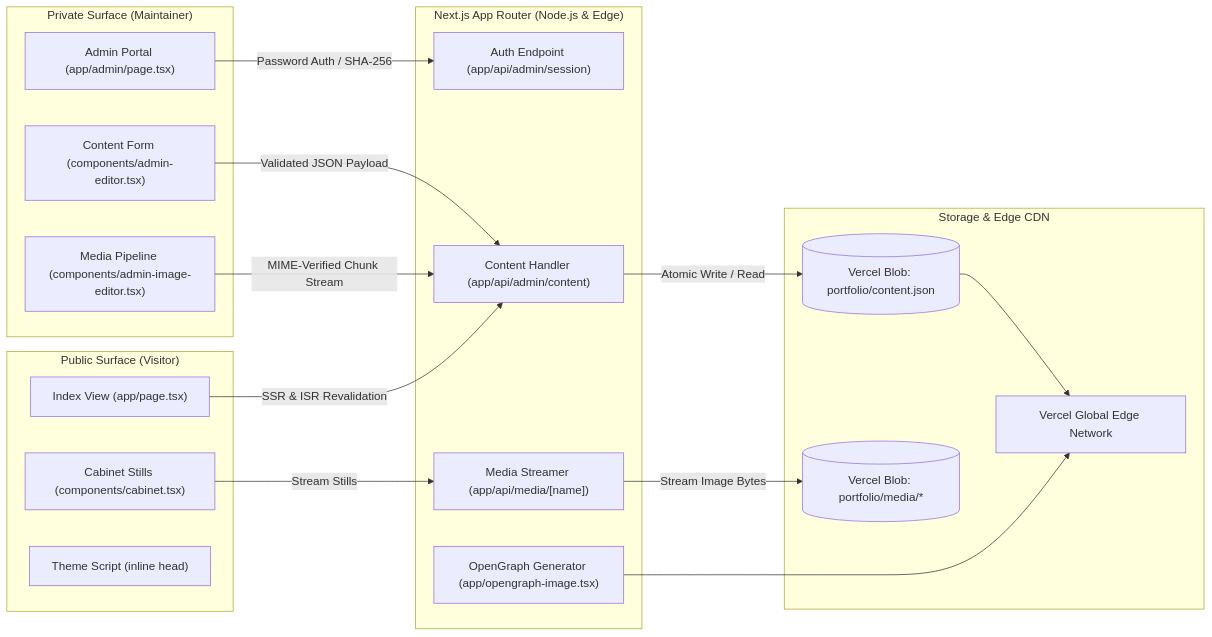
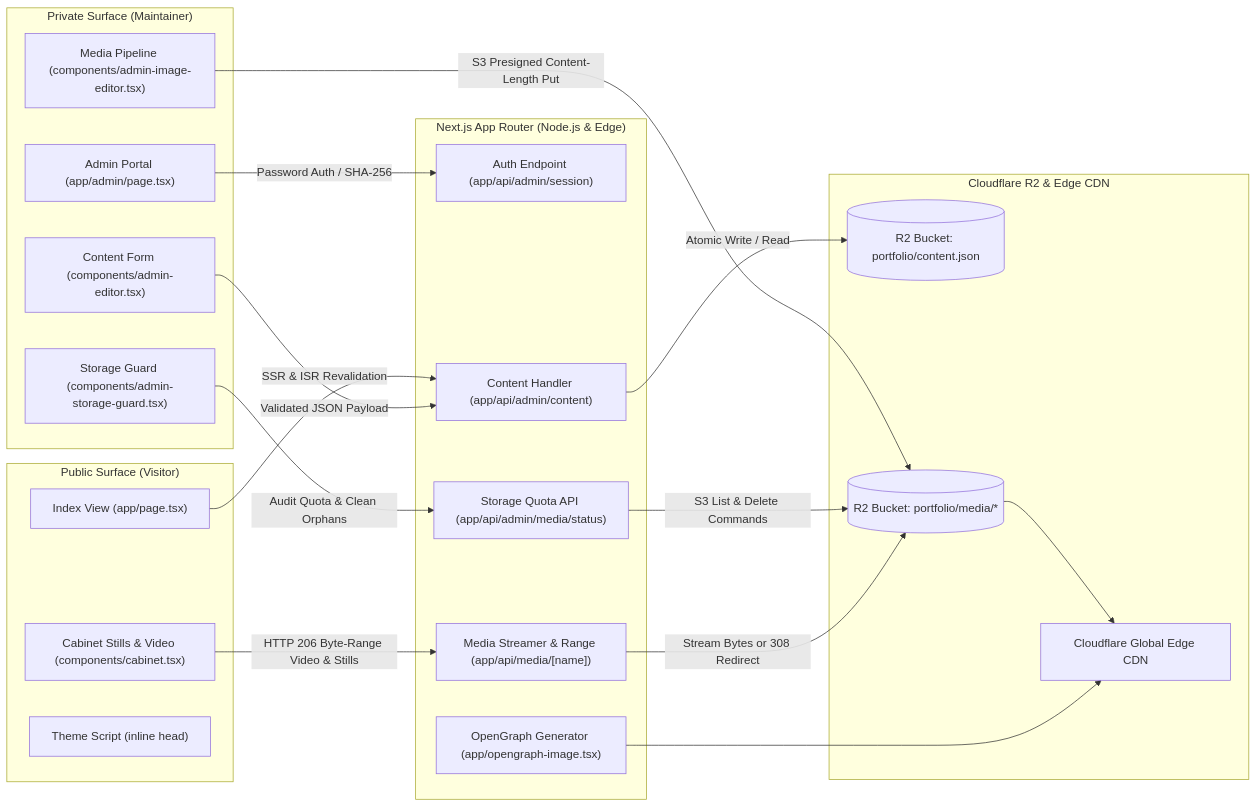
The diagram in README.md (aiden-guan/portfolio-2), drawn with Mermaid before and after one commit. The commit also changed other lines of this file and 2 other files, not shown here.

Commit message:
docs(presentation): update repository description and storage architecture to Cloudflare R2

````diff
--- a/README.md
+++ b/README.md
@@ -50,37 +50,41 @@
 ```mermaid
 flowchart LR
     subgraph PublicClient["Public Surface (Visitor)"]
         Index["Index View (app/page.tsx)"]
-        Cabinet["Cabinet Stills (components/cabinet.tsx)"]
+        Cabinet["Cabinet Stills & Video (components/cabinet.tsx)"]
         Theme["Theme Script (inline head)"]
     end
 
     subgraph AdminClient["Private Surface (Maintainer)"]
         AdminUI["Admin Portal (app/admin/page.tsx)"]
         Editor["Content Form (components/admin-editor.tsx)"]
         MediaUploader["Media Pipeline (components/admin-image-editor.tsx)"]
+        StorageGuard["Storage Guard (components/admin-storage-guard.tsx)"]
     end
 
     subgraph AppRouter["Next.js App Router (Node.js & Edge)"]
         SessionAPI["Auth Endpoint (app/api/admin/session)"]
         ContentAPI["Content Handler (app/api/admin/content)"]
-        MediaRoute["Media Streamer (app/api/media/[name])"]
+        MediaRoute["Media Streamer & Range (app/api/media/[name])"]
+        StatusAPI["Storage Quota API (app/api/admin/media/status)"]
         OG["OpenGraph Generator (app/opengraph-image.tsx)"]
     end
 
-    subgraph Persistence["Storage & Edge CDN"]
-        BlobStore[("Vercel Blob: portfolio/content.json")]
-        BlobMedia[("Vercel Blob: portfolio/media/*")]
-        EdgeCDN["Vercel Global Edge Network"]
+    subgraph Persistence["Cloudflare R2 & Edge CDN"]
+        R2Content[("R2 Bucket: portfolio/content.json")]
+        R2Media[("R2 Bucket: portfolio/media/*")]
+        EdgeCDN["Cloudflare Global Edge CDN"]
     end
 
     Index -->|SSR & ISR Revalidation| ContentAPI
-    Cabinet -->|Stream Stills| MediaRoute
+    Cabinet -->|HTTP 206 Byte-Range Video & Stills| MediaRoute
     AdminUI -->|Password Auth / SHA-256| SessionAPI
     Editor -->|Validated JSON Payload| ContentAPI
-    MediaUploader -->|MIME-Verified Chunk Stream| ContentAPI
-    ContentAPI -->|Atomic Write / Read| BlobStore
-    MediaRoute -->|Stream Image Bytes| BlobMedia
-    BlobStore --> EdgeCDN
+    MediaUploader -->|S3 Presigned Content-Length Put| R2Media
+    StorageGuard -->|Audit Quota & Clean Orphans| StatusAPI
+    StatusAPI -->|S3 List & Delete Commands| R2Media
+    ContentAPI -->|Atomic Write / Read| R2Content
+    MediaRoute -->|Stream Bytes or 308 Redirect| R2Media
+    R2Media --> EdgeCDN
     OG --> EdgeCDN
 ```
````
